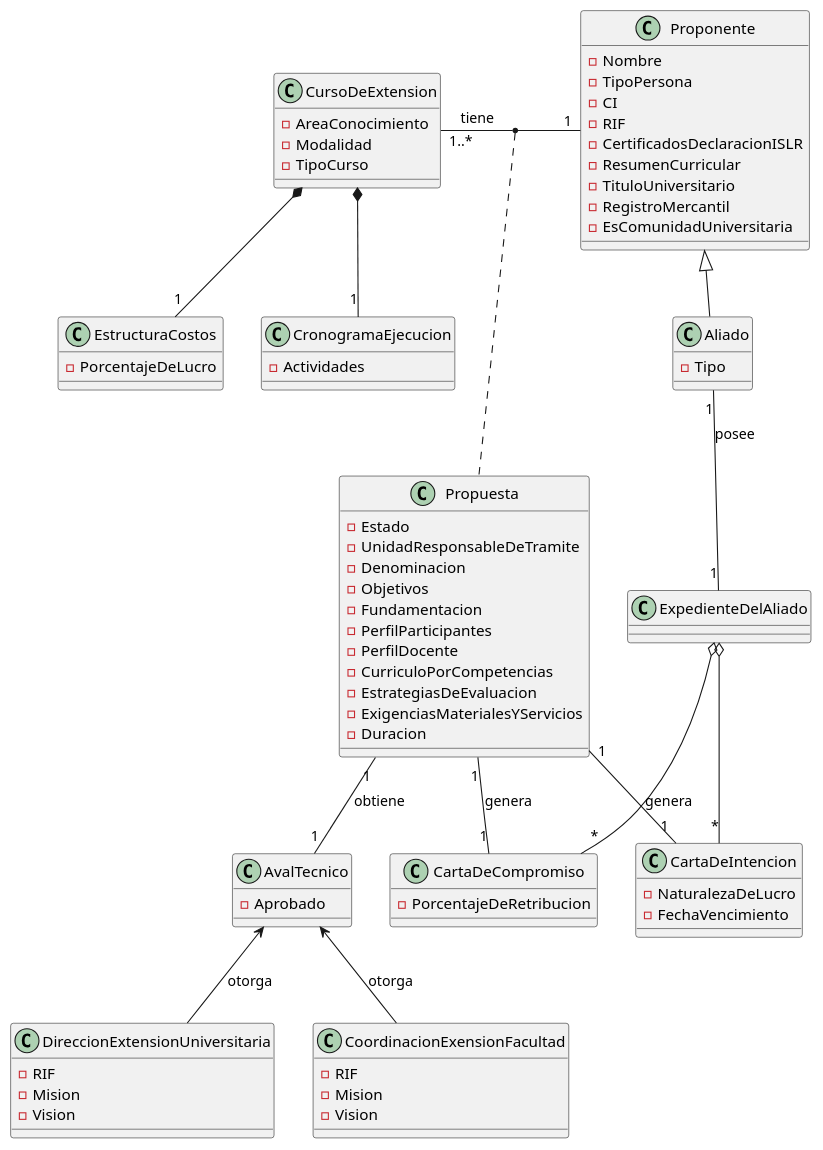
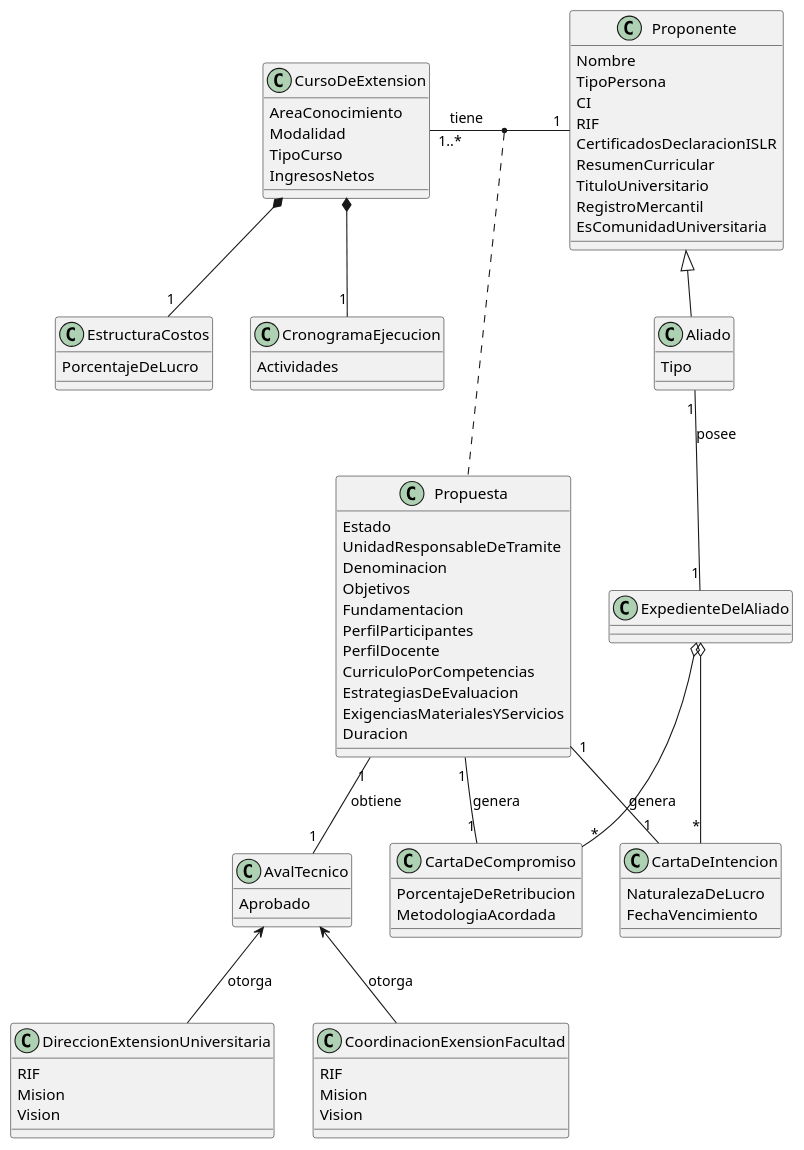
The diagram in docs/scenariosView/DiagramaDeClase.plantuml (Samantha-Ramirez/ProyectoEquipo7ING), drawn with PlantUML before and after one commit. The commit also changed 1 other file, not shown here.

Commit message:
Quitar visibilidad de atributos diagrama de clase 1406

```diff
--- a/docs/scenariosView/DiagramaDeClase.plantuml
+++ b/docs/scenariosView/DiagramaDeClase.plantuml
@@ -1,93 +1,95 @@
 @startuml DiagramaDeClase
 class DireccionExtensionUniversitaria {
-  - RIF
-  - Mision
-  - Vision
+  RIF
+  Mision
+  Vision
 }
 
 class CoordinacionExensionFacultad {
-  - RIF
-  - Mision
-  - Vision
+  RIF
+  Mision
+  Vision
 }
 
 class AvalTecnico {
-  - Aprobado
+  Aprobado
 }
 
 class CursoDeExtension {
-  - AreaConocimiento 
-  - Modalidad
-  - TipoCurso
+  AreaConocimiento 
+  Modalidad
+  TipoCurso
+  IngresosNetos
 }
 
 class EstructuraCostos {
-  - PorcentajeDeLucro
+  PorcentajeDeLucro
 }
 
 class CronogramaEjecucion {
-  - Actividades
+  Actividades
 }
 
 class Propuesta {
-  - Estado
-  - UnidadResponsableDeTramite
-  - Denominacion
-  - Objetivos
-  - Fundamentacion 
-  - PerfilParticipantes
-  - PerfilDocente
-  - CurriculoPorCompetencias
-  - EstrategiasDeEvaluacion
-  - ExigenciasMaterialesYServicios
-  - Duracion
+  Estado
+  UnidadResponsableDeTramite
+  Denominacion
+  Objetivos
+  Fundamentacion 
+  PerfilParticipantes
+  PerfilDocente
+  CurriculoPorCompetencias
+  EstrategiasDeEvaluacion
+  ExigenciasMaterialesYServicios
+  Duracion
 }
 
 class Aliado {
-  - Tipo
+  Tipo
 }
 
 class Proponente {
-  - Nombre
-  - TipoPersona
-  - CI
-  - RIF
-  - CertificadosDeclaracionISLR
-  - ResumenCurricular
-  - TituloUniversitario
-  - RegistroMercantil
-  - EsComunidadUniversitaria
+  Nombre
+  TipoPersona
+  CI
+  RIF
+  CertificadosDeclaracionISLR
+  ResumenCurricular
+  TituloUniversitario
+  RegistroMercantil
+  EsComunidadUniversitaria
 }
 
 class CartaDeIntencion {
-  - NaturalezaDeLucro
-  - FechaVencimiento
+  NaturalezaDeLucro
+  FechaVencimiento
 }
 
 class CartaDeCompromiso {
-  - PorcentajeDeRetribucion
+  PorcentajeDeRetribucion
+  MetodologiaAcordada
 }
 
 class ExpedienteDelAliado {
 }
 
 AvalTecnico <-- DireccionExtensionUniversitaria : otorga
 AvalTecnico <-- CoordinacionExensionFacultad : otorga
 
 CursoDeExtension *-- "1" CronogramaEjecucion
 CursoDeExtension *-- "1" EstructuraCostos 
 
 Proponente <|-- Aliado 
 
 CursoDeExtension "1..*" - "1" Proponente : tiene
 (CursoDeExtension , Proponente) .. Propuesta
 Propuesta "1" -- "1" AvalTecnico : obtiene
 
 ExpedienteDelAliado o-- "*" CartaDeIntencion 
 ExpedienteDelAliado o-- "*" CartaDeCompromiso 
 Aliado "1" -- "1" ExpedienteDelAliado : posee
 
 
 Propuesta "1" -- "1" CartaDeIntencion : genera
 Propuesta "1" -- "1" CartaDeCompromiso : genera
 @enduml
```
